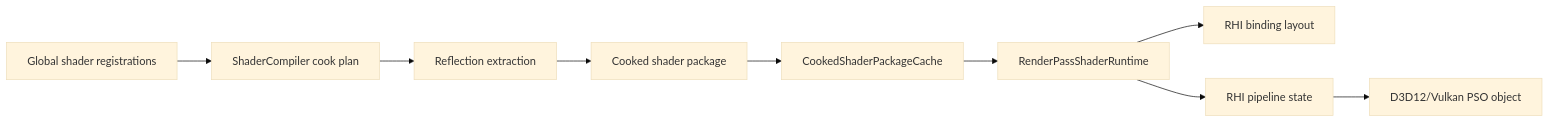
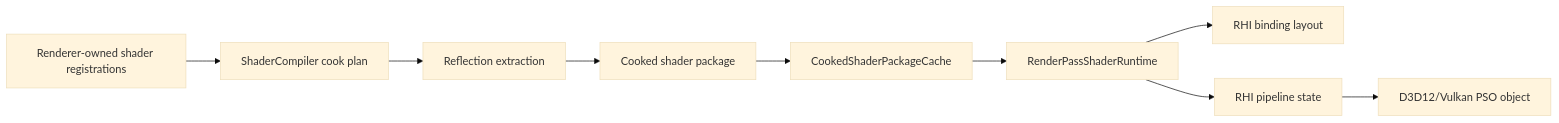
One commit to stoleckipawel/SparkleEngine changed the third of 4 diagrams in docs/architecture/rendering-system-map.md. Above: the diagram before and after it, drawn with Mermaid (base theme). The commit also changed other lines of this file and 31 other files, not shown here.

Commit message:
Move Renderer Shader Registration Out Of RHI

````diff
--- a/docs/architecture/rendering-system-map.md
+++ b/docs/architecture/rendering-system-map.md
@@ -133,21 +142,21 @@
 ```mermaid
 flowchart LR
-    Reg[Global shader registrations]
+    Reg[Renderer-owned shader registrations]
     Cook[ShaderCompiler cook plan]
     Reflect[Reflection extraction]
     Package[Cooked shader package]
     Cache[CookedShaderPackageCache]
     Runtime[RenderPassShaderRuntime]
     Layout[RHI binding layout]
     PSO[RHI pipeline state]
     Backend[D3D12/Vulkan PSO object]
 
     Reg --> Cook
     Cook --> Reflect
     Reflect --> Package
     Package --> Cache
     Cache --> Runtime
     Runtime --> Layout
     Runtime --> PSO
     PSO --> Backend
 ```
````
